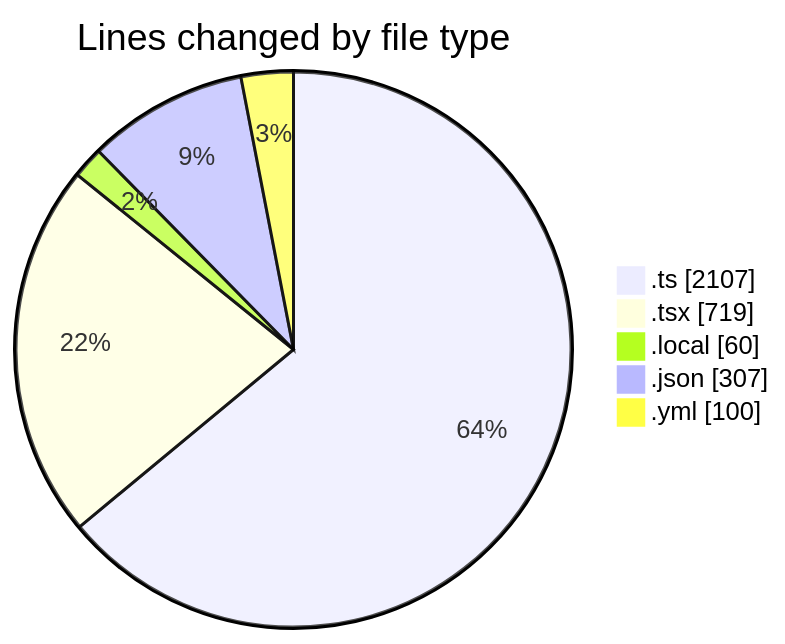
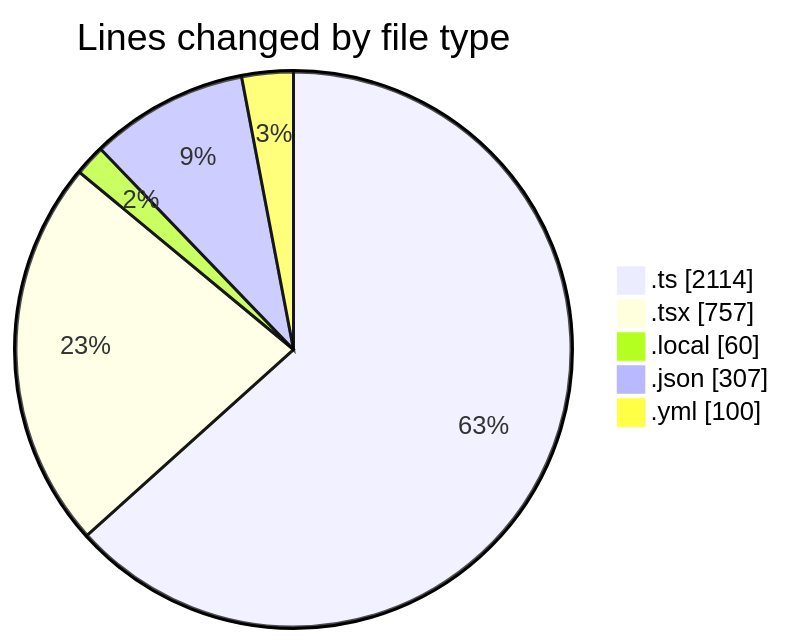
The first of 2 diagrams in 2025-11-26/eventscop-frontend-guide__workspace_/README.md (julien-gomy/code-tracking), drawn with Mermaid before and after one commit. The commit also changed other lines of this file and 1 other file, not shown here.

````diff
--- a/2025-11-26/eventscop-frontend-guide__workspace_/README.md
+++ b/2025-11-26/eventscop-frontend-guide__workspace_/README.md
@@ -34,9 +34,9 @@
 ```mermaid
 pie showData
 title Lines changed by file type
-".ts" : 2107
-".tsx" : 719
+".ts" : 2114
+".tsx" : 757
 ".local" : 60
 ".json" : 307
 ".yml" : 100
 ```
````
